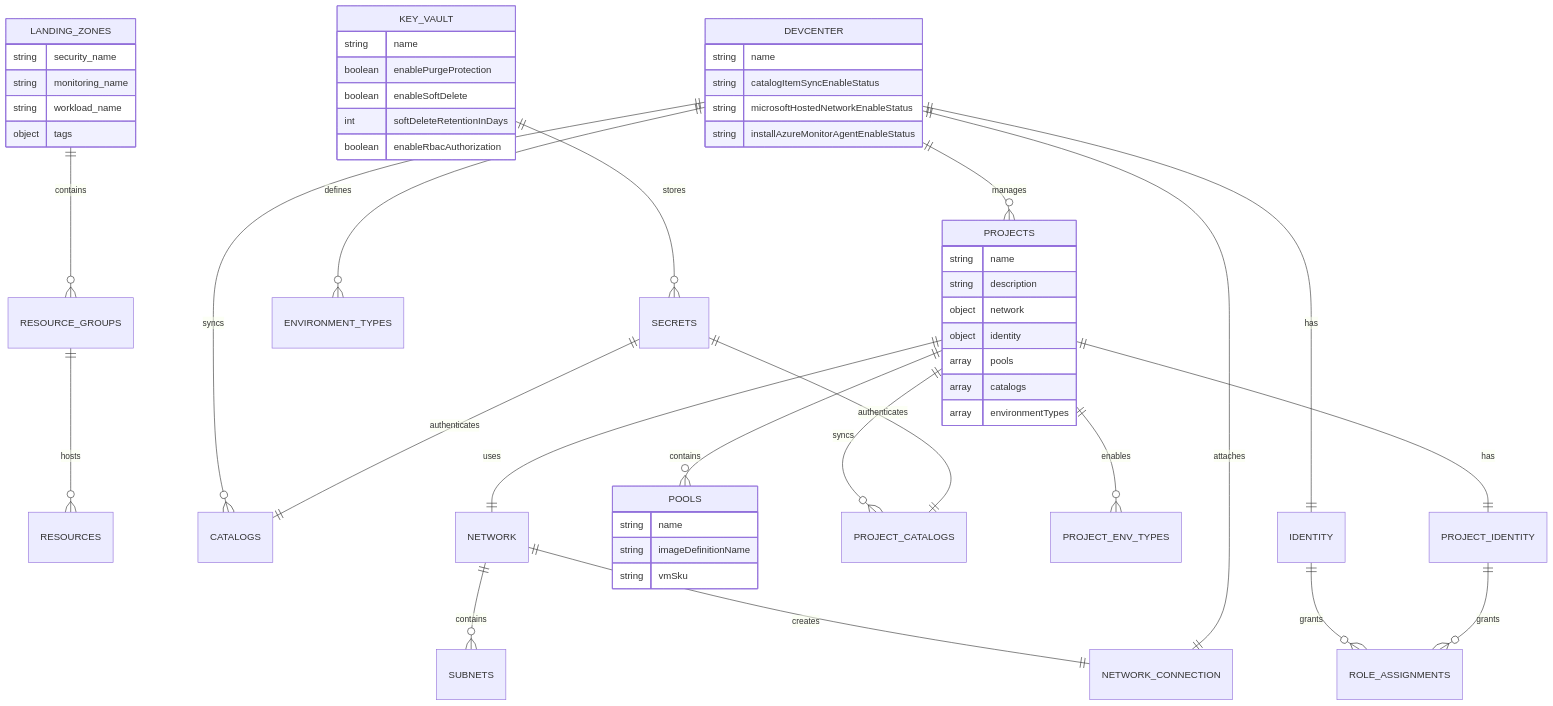
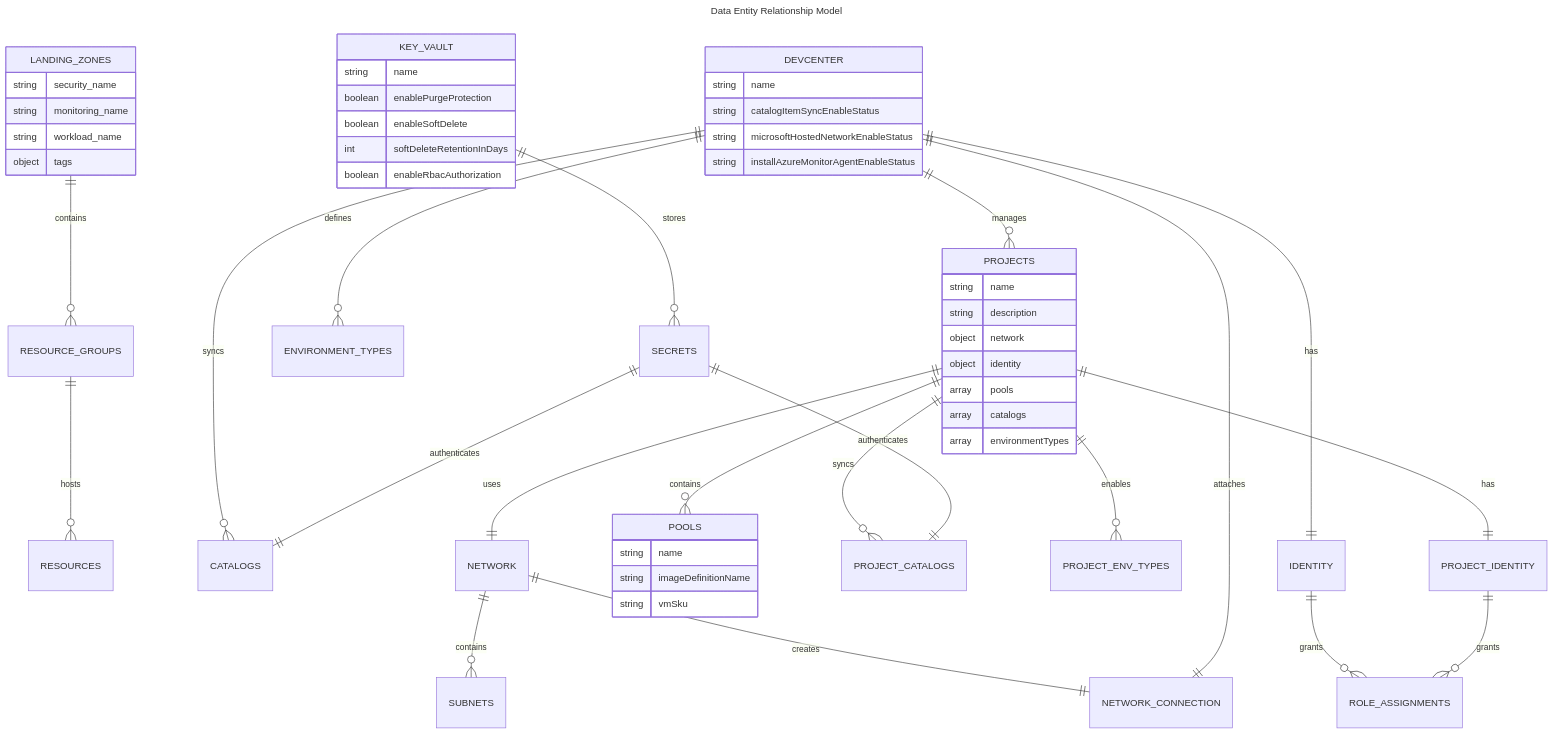
The second of 8 diagrams in docs/architecture/02-data-architecture.md (Evilazaro/DevExp-DevBox), drawn with Mermaid before and after one commit. The commit also changed other lines of this file, not shown here.

Commit message:
Add Data Entity Relationship and Key Vault Security Architecture diagrams to enhance clarity and navigation in Data Architecture documentation.

````diff
--- a/docs/architecture/02-data-architecture.md
+++ b/docs/architecture/02-data-architecture.md
@@ -149,65 +149,68 @@
 ```mermaid
+---
+title: Data Entity Relationship Model
+---
 erDiagram
     LANDING_ZONES ||--o{ RESOURCE_GROUPS : contains
     RESOURCE_GROUPS ||--o{ RESOURCES : hosts
     
     DEVCENTER ||--o{ PROJECTS : manages
     DEVCENTER ||--o{ CATALOGS : syncs
     DEVCENTER ||--o{ ENVIRONMENT_TYPES : defines
     DEVCENTER ||--|| IDENTITY : has
     
     PROJECTS ||--o{ POOLS : contains
     PROJECTS ||--o{ PROJECT_CATALOGS : syncs
     PROJECTS ||--o{ PROJECT_ENV_TYPES : enables
     PROJECTS ||--|| NETWORK : uses
     PROJECTS ||--|| PROJECT_IDENTITY : has
     
     IDENTITY ||--o{ ROLE_ASSIGNMENTS : grants
     PROJECT_IDENTITY ||--o{ ROLE_ASSIGNMENTS : grants
     
     KEY_VAULT ||--o{ SECRETS : stores
     SECRETS ||--|| CATALOGS : authenticates
     SECRETS ||--|| PROJECT_CATALOGS : authenticates
     
     NETWORK ||--o{ SUBNETS : contains
     NETWORK ||--|| NETWORK_CONNECTION : creates
     NETWORK_CONNECTION ||--|| DEVCENTER : attaches
     
     LANDING_ZONES {
         string security_name
         string monitoring_name
         string workload_name
         object tags
     }
     
     DEVCENTER {
         string name
         string catalogItemSyncEnableStatus
         string microsoftHostedNetworkEnableStatus
         string installAzureMonitorAgentEnableStatus
     }
     
     PROJECTS {
         string name
         string description
         object network
         object identity
         array pools
         array catalogs
         array environmentTypes
     }
     
     KEY_VAULT {
         string name
         boolean enablePurgeProtection
         boolean enableSoftDelete
         int softDeleteRetentionInDays
         boolean enableRbacAuthorization
     }
     
     POOLS {
         string name
         string imageDefinitionName
         string vmSku
     }
 ```
````
